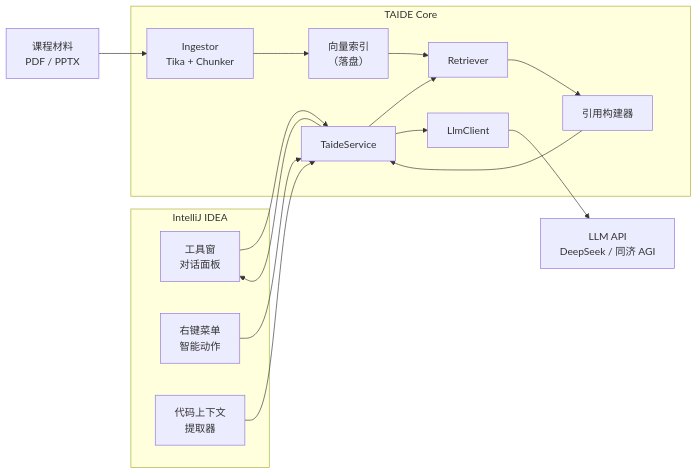
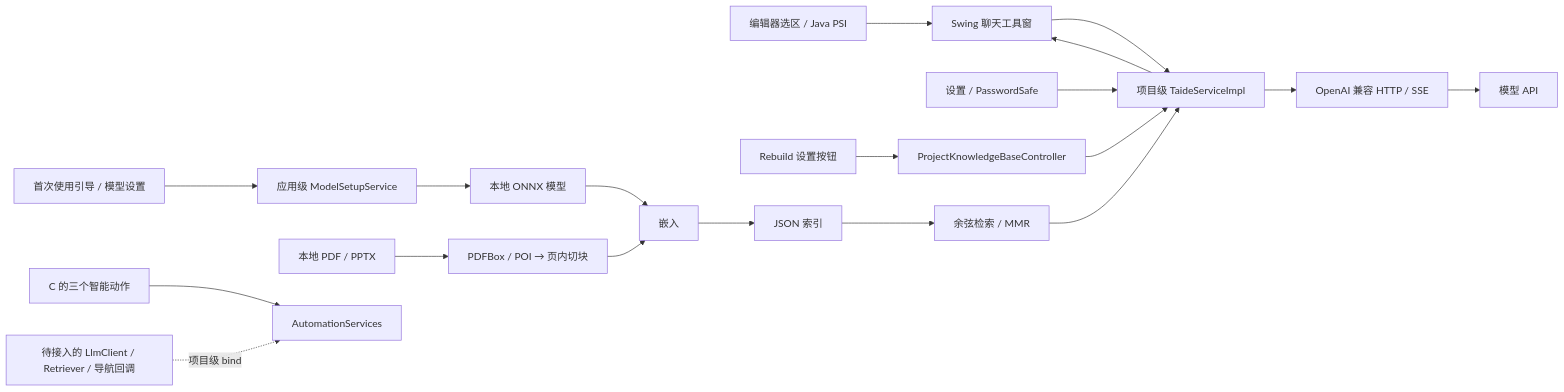
One commit to Keith-hq/taide changed the diagram in README.md. Above: the diagram before and after it, drawn with Mermaid. The commit also changed other lines of this file and 44 other files, not shown here.

````diff
--- a/README.md
+++ b/README.md
@@ -104,30 +73,15 @@
 ```mermaid
 flowchart LR
-    subgraph IDE["IntelliJ IDEA"]
-        UI["工具窗<br/>对话面板"]
-        ACT["右键菜单<br/>智能动作"]
-        CTX["代码上下文<br/>提取器"]
-    end
-
-    subgraph CORE["TAIDE Core"]
-        SVC["TaideService"]
-        RET["Retriever"]
-        IDX["向量索引<br/>（落盘）"]
-        ING["Ingestor<br/>Tika + Chunker"]
-        LLM["LlmClient"]
-        CIT["引用构建器"]
-    end
-
-    MAT["课程材料<br/>PDF / PPTX"]
-    API["LLM API<br/>DeepSeek / 同济 AGI"]
-
-    MAT --> ING --> IDX
-    IDX --> RET
-    UI --> SVC
-    ACT --> SVC
-    CTX --> SVC
-    SVC --> RET
-    RET --> CIT --> SVC
-    SVC --> LLM --> API
+    UI["Swing 聊天工具窗"] --> SVC["项目级 TaideServiceImpl"]
+    CTX["编辑器选区 / Java PSI"] --> UI
+    SETTINGS["设置 / PasswordSafe"] --> SVC
+    SETUP["首次使用引导 / 模型设置"] --> MODELSETUP["应用级 ModelSetupService"] --> MODEL
+    REBUILD["Rebuild 设置按钮"] --> ADAPTER["ProjectKnowledgeBaseController"] --> SVC
+    MAT["本地 PDF / PPTX"] --> ING["PDFBox / POI → 页内切块"]
+    MODEL["本地 ONNX 模型"] --> EMB["嵌入"]
+    ING --> EMB --> IDX["JSON 索引"] --> RET["余弦检索 / MMR"]
+    RET --> SVC --> LLM["OpenAI 兼容 HTTP / SSE"] --> API["模型 API"]
     SVC --> UI
+    ACT["C 的三个智能动作"] --> AUTO["AutomationServices"]
+    BIND["待接入的 LlmClient / Retriever / 导航回调"] -. "项目级 bind" .-> AUTO
 ```
````
